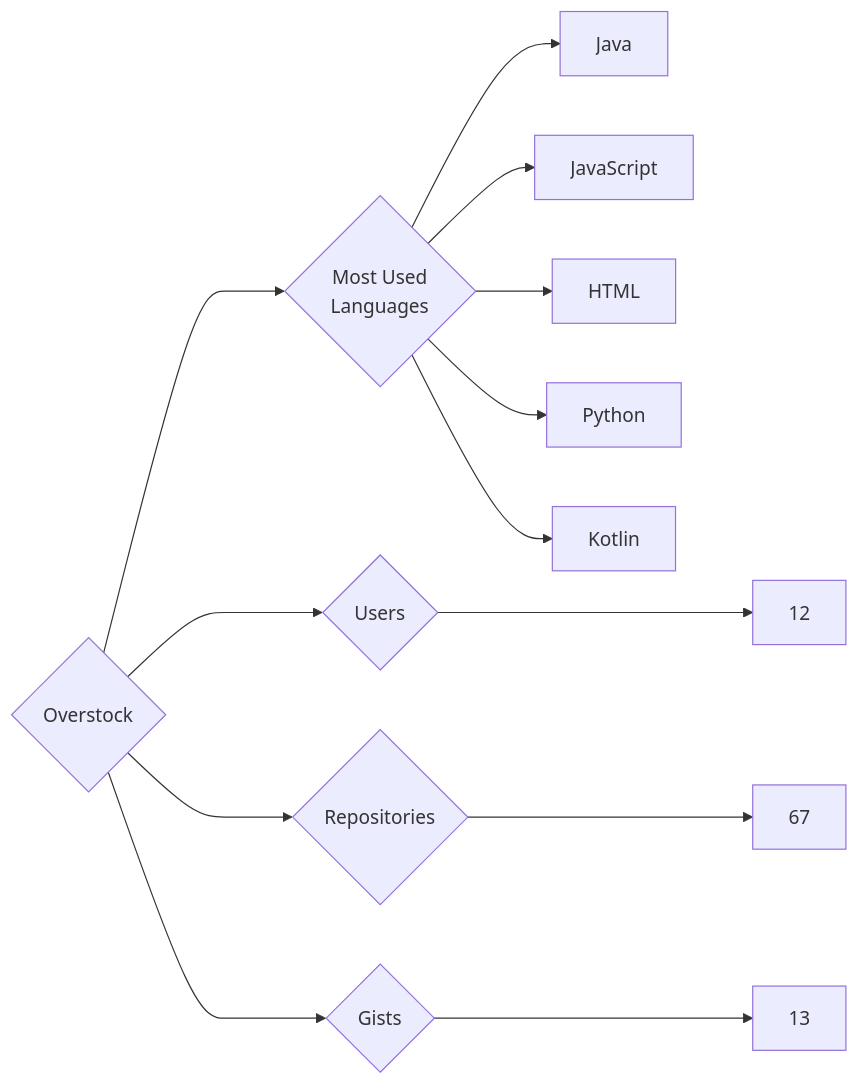
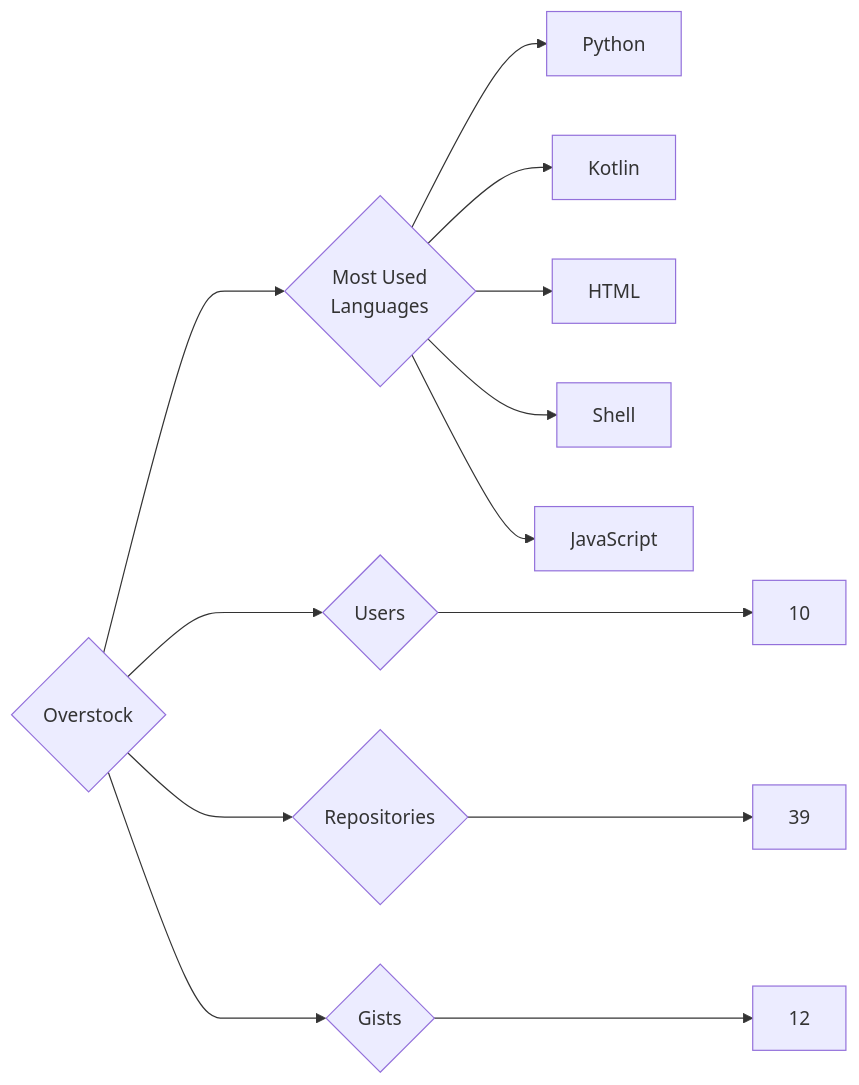
The diagram in targets/Overstock/README.md (trickest/insiders), drawn with Mermaid before and after one commit. The commit also changed 677 other files, not shown here.

````diff
--- a/targets/Overstock/README.md
+++ b/targets/Overstock/README.md
@@ -3,13 +3,13 @@
 ```mermaid
 graph LR
 COMPANY_NAME{Overstock}
-COMPANY_NAME ---> U{Users} ---> UN[12]
-COMPANY_NAME ---> R{Repositories} ---> RN[67]
-COMPANY_NAME ---> G{Gists} ---> GN[13]
+COMPANY_NAME ---> U{Users} ---> UN[10]
+COMPANY_NAME ---> R{Repositories} ---> RN[39]
+COMPANY_NAME ---> G{Gists} ---> GN[12]
 COMPANY_NAME ---> ML{Most Used<br>Languages}
-ML --> Java[Java]
-ML --> JavaScript[JavaScript]
-ML --> HTML[HTML]
 ML --> Python[Python]
 ML --> Kotlin[Kotlin]
+ML --> HTML[HTML]
+ML --> Shell[Shell]
+ML --> JavaScript[JavaScript]
 ```
````
